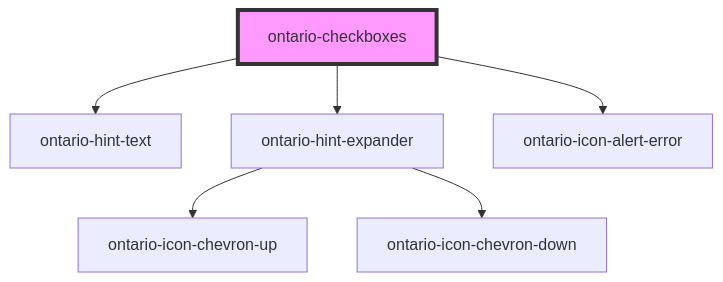
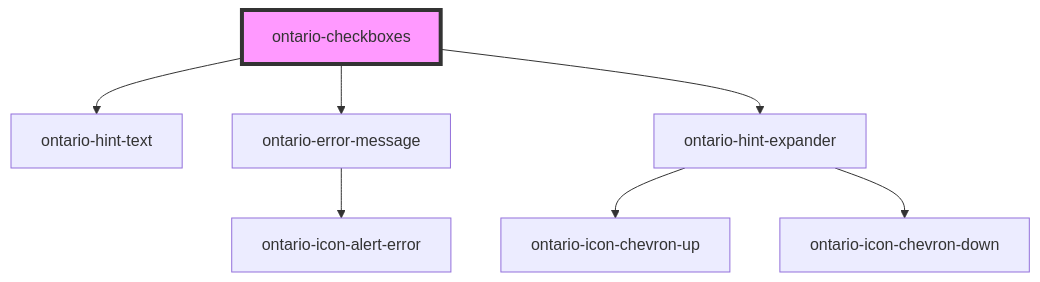
One commit to ongov/ontario-design-system changed the diagram in packages/ontario-design-system-component-library/src/components/ontario-checkbox/readme.md. Above: the diagram before and after it, drawn with Mermaid. The commit also changed other lines of this file and 27 other files, not shown here.

Commit message:
feat(ontario-error-alert): add scaffolding for ErrorAlert summary and inline message components

````diff
--- a/packages/ontario-design-system-component-library/src/components/ontario-checkbox/readme.md
+++ b/packages/ontario-design-system-component-library/src/components/ontario-checkbox/readme.md
@@ -710,9 +728,10 @@
 ```mermaid
 graph TD;
   ontario-checkboxes --> ontario-hint-text
+  ontario-checkboxes --> ontario-error-message
   ontario-checkboxes --> ontario-hint-expander
-  ontario-checkboxes --> ontario-icon-alert-error
+  ontario-error-message --> ontario-icon-alert-error
   ontario-hint-expander --> ontario-icon-chevron-up
   ontario-hint-expander --> ontario-icon-chevron-down
   style ontario-checkboxes fill:#f9f,stroke:#333,stroke-width:4px
 ```
````
